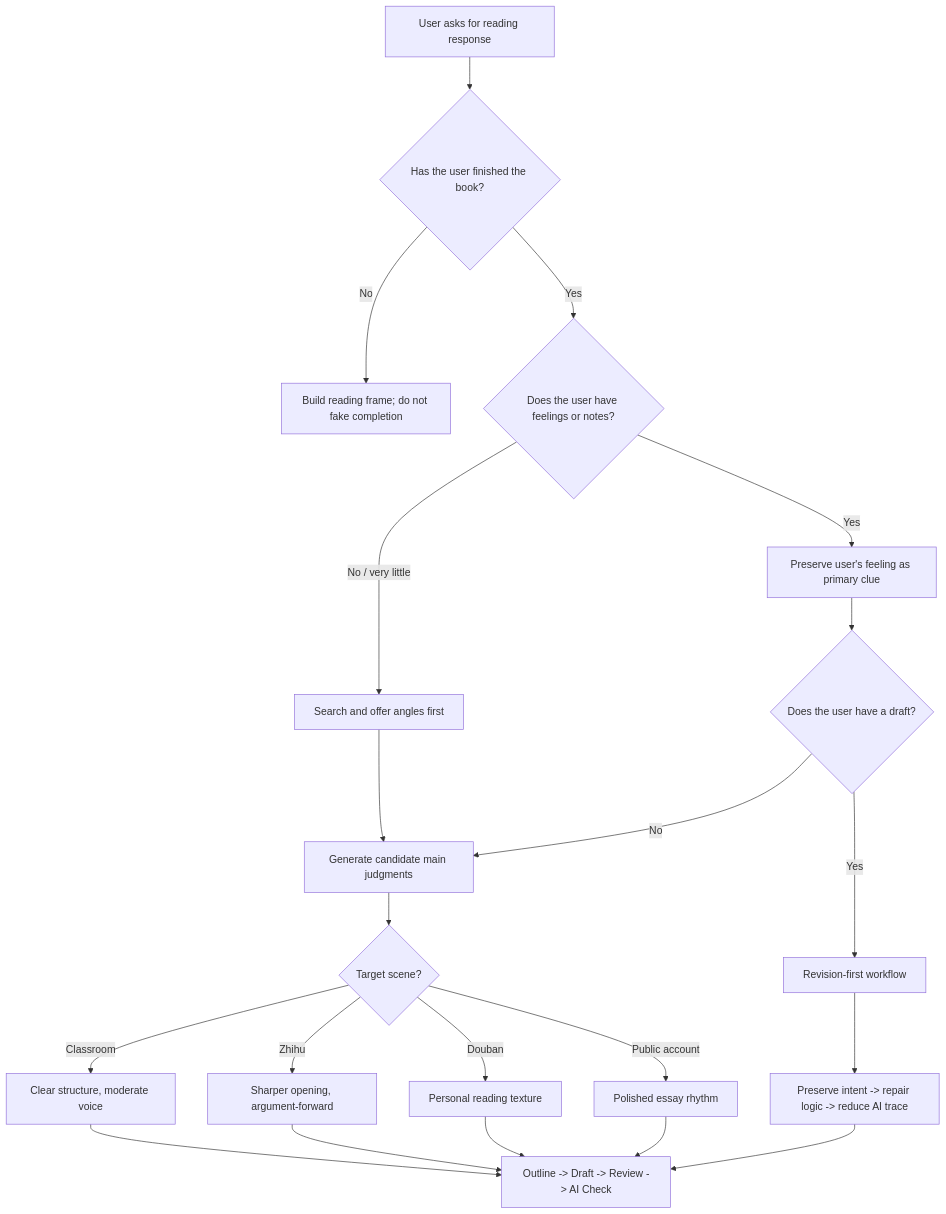
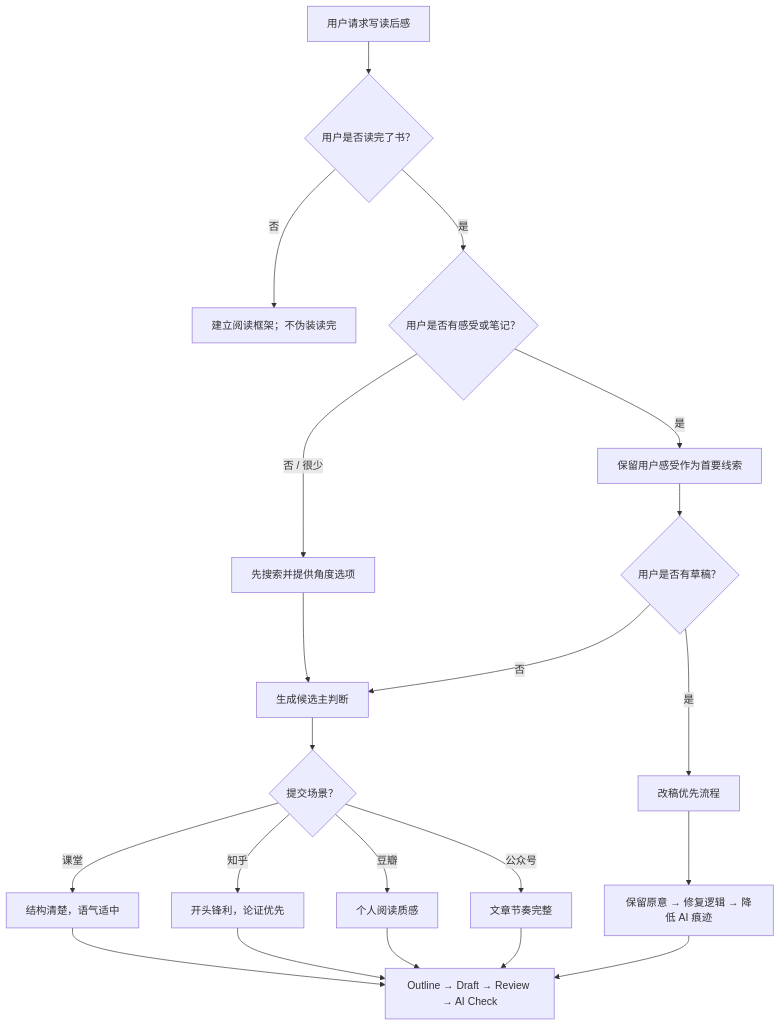
The diagram in modules/decision-tree.md (lyingdowndragon6839-design/Classic-Literary-Review-Skill), drawn with Mermaid before and after one commit. The commit also changed other lines of this file and 22 other files, not shown here.

````diff
--- a/modules/decision-tree.md
+++ b/modules/decision-tree.md
@@ -8,23 +7,23 @@
 ```mermaid
 flowchart TD
-    A["User asks for reading response"] --> B{"Has the user finished the book?"}
-    B -- "No" --> C["Build reading frame; do not fake completion"]
-    B -- "Yes" --> D{"Does the user have feelings or notes?"}
-    D -- "No / very little" --> E["Search and offer angles first"]
-    D -- "Yes" --> F["Preserve user's feeling as primary clue"]
-    F --> G{"Does the user have a draft?"}
-    E --> H["Generate candidate main judgments"]
-    G -- "Yes" --> I["Revision-first workflow"]
-    G -- "No" --> H
-    H --> J{"Target scene?"}
-    J -- "Classroom" --> K["Clear structure, moderate voice"]
-    J -- "Zhihu" --> L["Sharper opening, argument-forward"]
-    J -- "Douban" --> M["Personal reading texture"]
-    J -- "Public account" --> N["Polished essay rhythm"]
-    K --> O["Outline -> Draft -> Review -> AI Check"]
+    A["用户请求写读后感"] --> B{"用户是否读完了书？"}
+    B -- "否" --> C["建立阅读框架；不伪装读完"]
+    B -- "是" --> D{"用户是否有感受或笔记？"}
+    D -- "否 / 很少" --> E["先搜索并提供角度选项"]
+    D -- "是" --> F["保留用户感受作为首要线索"]
+    F --> G{"用户是否有草稿？"}
+    E --> H["生成候选主判断"]
+    G -- "是" --> I["改稿优先流程"]
+    G -- "否" --> H
+    H --> J{"提交场景？"}
+    J -- "课堂" --> K["结构清楚，语气适中"]
+    J -- "知乎" --> L["开头锋利，论证优先"]
+    J -- "豆瓣" --> M["个人阅读质感"]
+    J -- "公众号" --> N["文章节奏完整"]
+    K --> O["Outline → Draft → Review → AI Check"]
     L --> O
     M --> O
     N --> O
-    I --> P["Preserve intent -> repair logic -> reduce AI trace"]
+    I --> P["保留原意 → 修复逻辑 → 降低 AI 痕迹"]
     P --> O
 ```
````
